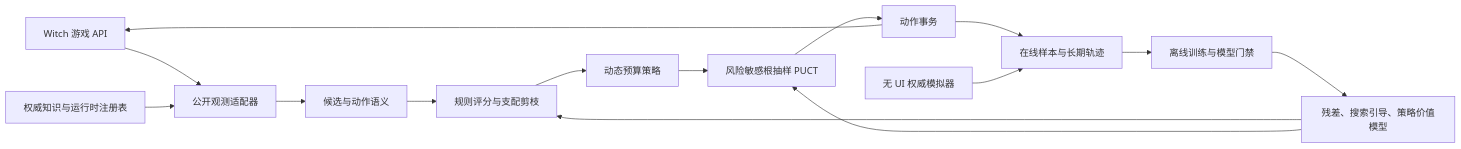
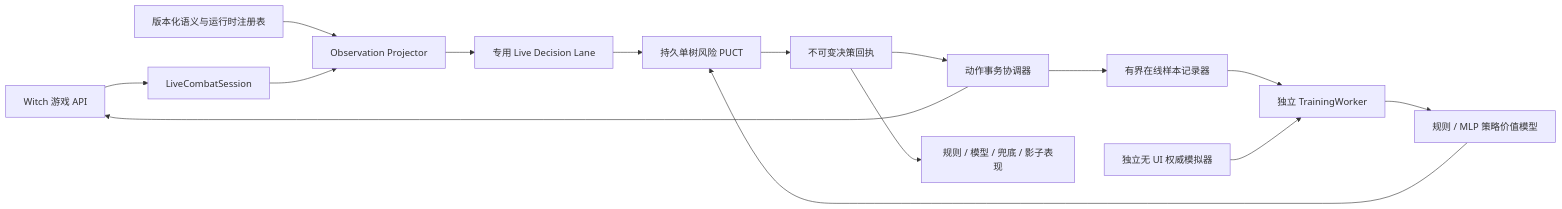
One commit to AuraKaliya/apocalyptic-journey-mod-SunExp changed the diagram in docs/AuraCombatAI/01-系统架构.md. Above: the diagram before and after it, drawn with Mermaid. The commit also changed other lines of this file and 235 other files, not shown here.

````diff
--- a/docs/AuraCombatAI/01-系统架构.md
+++ b/docs/AuraCombatAI/01-系统架构.md
@@ -9,17 +9,17 @@
 ```mermaid
 flowchart LR
-    A["Witch 游戏 API"] --> B["公开观测适配器"]
-    K["权威知识与运行时注册表"] --> B
-    B --> C["候选与动作语义"]
-    C --> D["规则评分与支配剪枝"]
-    D --> E["动态预算策略"]
-    E --> F["风险敏感根抽样 PUCT"]
-    M["残差、搜索引导、策略价值模型"] --> D
-    M --> F
-    F --> G["动作事务"]
-    G --> A
-    G --> H["在线样本与长期轨迹"]
-    H --> I["离线训练与模型门禁"]
-    J["无 UI 权威模拟器"] --> H
+    A["Witch 游戏 API"] --> S["LiveCombatSession"]
+    K["版本化语义与运行时注册表"] --> O["Observation Projector"]
+    S --> O
+    O --> L["专用 Live Decision Lane"]
+    L --> P["持久单树风险 PUCT"]
+    M["规则 / MLP 策略价值模型"] --> P
+    P --> R["不可变决策回执"]
+    R --> T["动作事务协调器"]
+    T --> A
+    R --> V["规则 / 模型 / 兜底 / 影子表现"]
+    T --> H["有界在线样本记录器"]
+    H --> I["独立 TrainingWorker"]
+    J["独立无 UI 权威模拟器"] --> I
     I --> M
 ```
````
